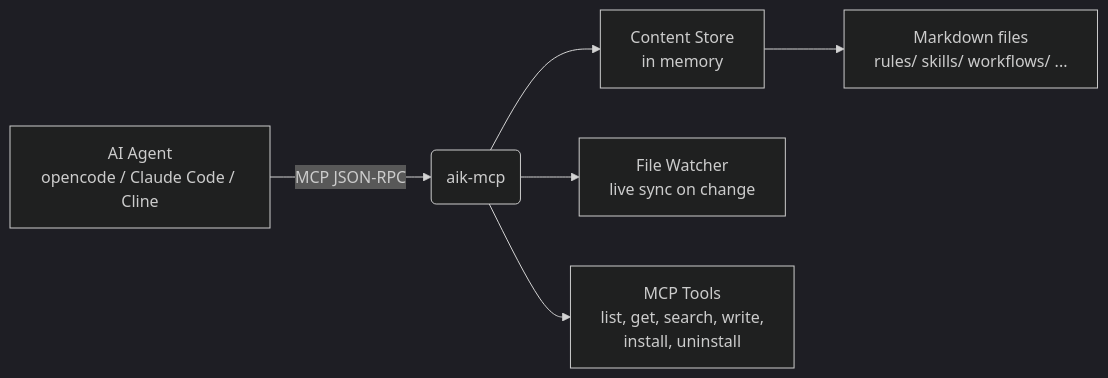
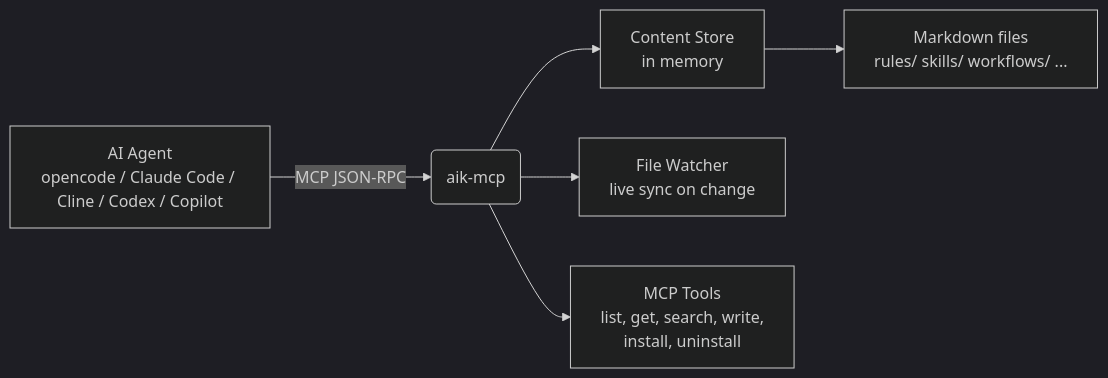
One commit to openhoat/aik-mcp changed the diagram in README.md. Above: the diagram before and after it, drawn with Mermaid (dark theme). The commit also changed other lines of this file and 3 other files, not shown here.

Commit message:
docs: add codex and copilot to readme and guide

````diff
--- a/README.md
+++ b/README.md
@@ -83,8 +83,8 @@
 ```mermaid
 graph LR
-    Agent[AI Agent<br>opencode / Claude Code / Cline] -->|MCP JSON-RPC| Server(aik-mcp)
+    Agent[AI Agent<br>opencode / Claude Code / Cline / Codex / Copilot] -->|MCP JSON-RPC| Server(aik-mcp)
     Server --> Store[Content Store<br>in memory]
     Store --> Files[Markdown files<br>rules/ skills/ workflows/ ...]
     Server --> Watcher[File Watcher<br>live sync on change]
     Server --> Tools[MCP Tools<br>list, get, search, write,<br>install, uninstall]
 ```
````
